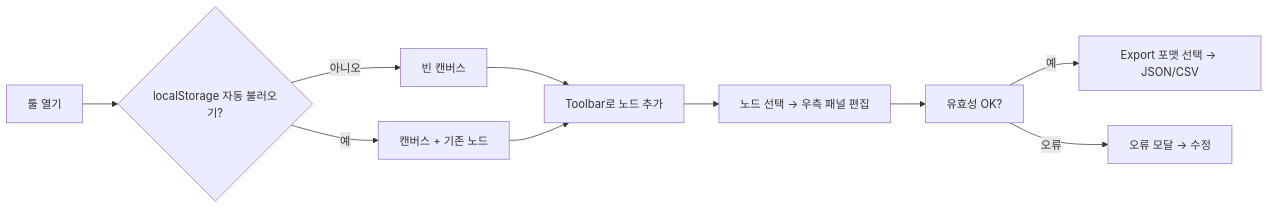
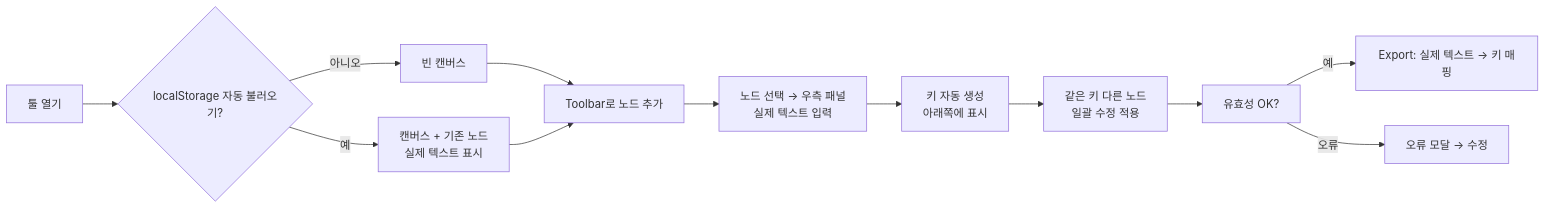
Before and after one commit to 97Wobbler/script-weaver: the diagram in document/prd.md, drawn with Mermaid. The commit also changed other lines of this file and 1 other file, not shown here.

````diff
--- a/document/prd.md
+++ b/document/prd.md
@@ -169,12 +196,14 @@
 ```mermaid
 flowchart LR
   A[툴 열기] --> B{localStorage 자동 불러오기?}
-  B -- 예 --> C[캔버스 + 기존 노드]
+  B -- 예 --> C[캔버스 + 기존 노드<br/>실제 텍스트 표시]
   B -- 아니오 --> D[빈 캔버스]
   D --> E[Toolbar로 노드 추가]
   C --> E
-  E --> F[노드 선택 → 우측 패널 편집]
-  F --> G[유효성 OK?]
-  G -- 예 --> H[Export 포맷 선택 → JSON/CSV]
-  G -- 오류 --> I[오류 모달 → 수정]
+  E --> F[노드 선택 → 우측 패널<br/>실제 텍스트 입력]
+  F --> G[키 자동 생성<br/>아래쪽에 표시]
+  G --> H[같은 키 다른 노드<br/>일괄 수정 적용]
+  H --> I[유효성 OK?]
+  I -- 예 --> J[Export: 실제 텍스트 → 키 매핑]
+  I -- 오류 --> K[오류 모달 → 수정]
 ```
````
